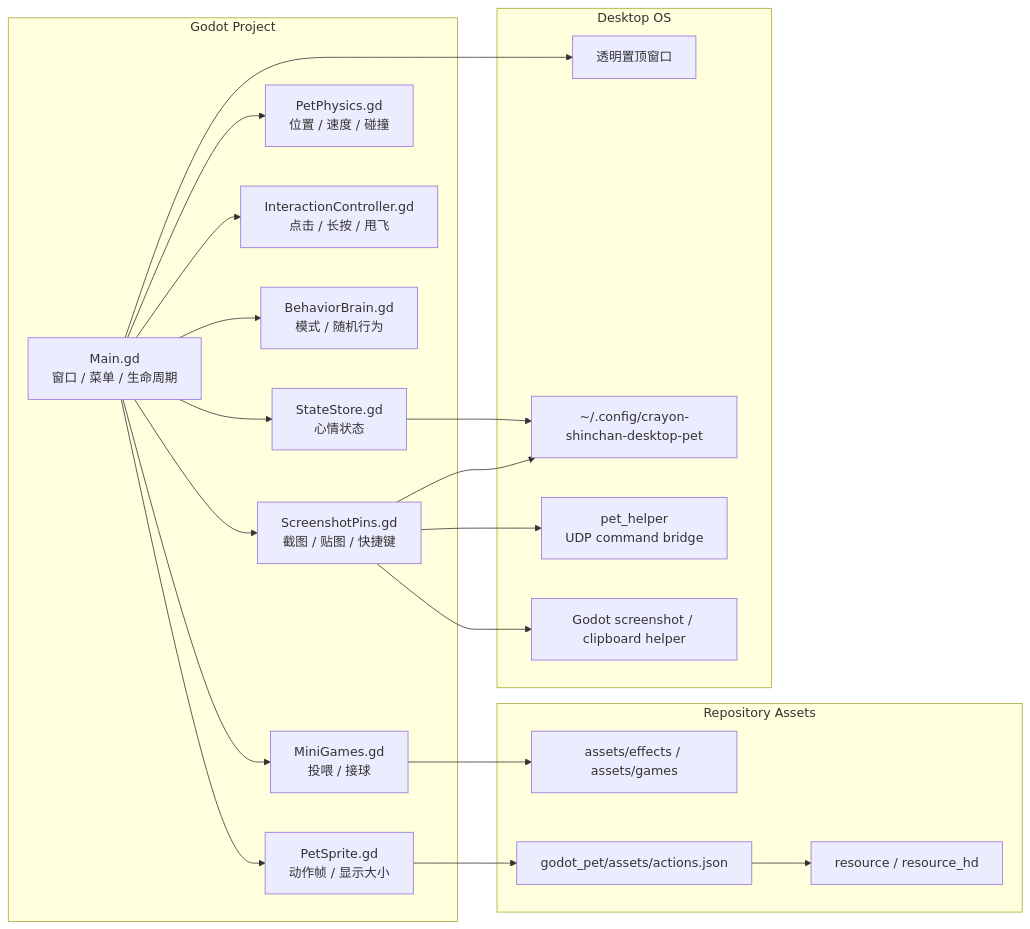
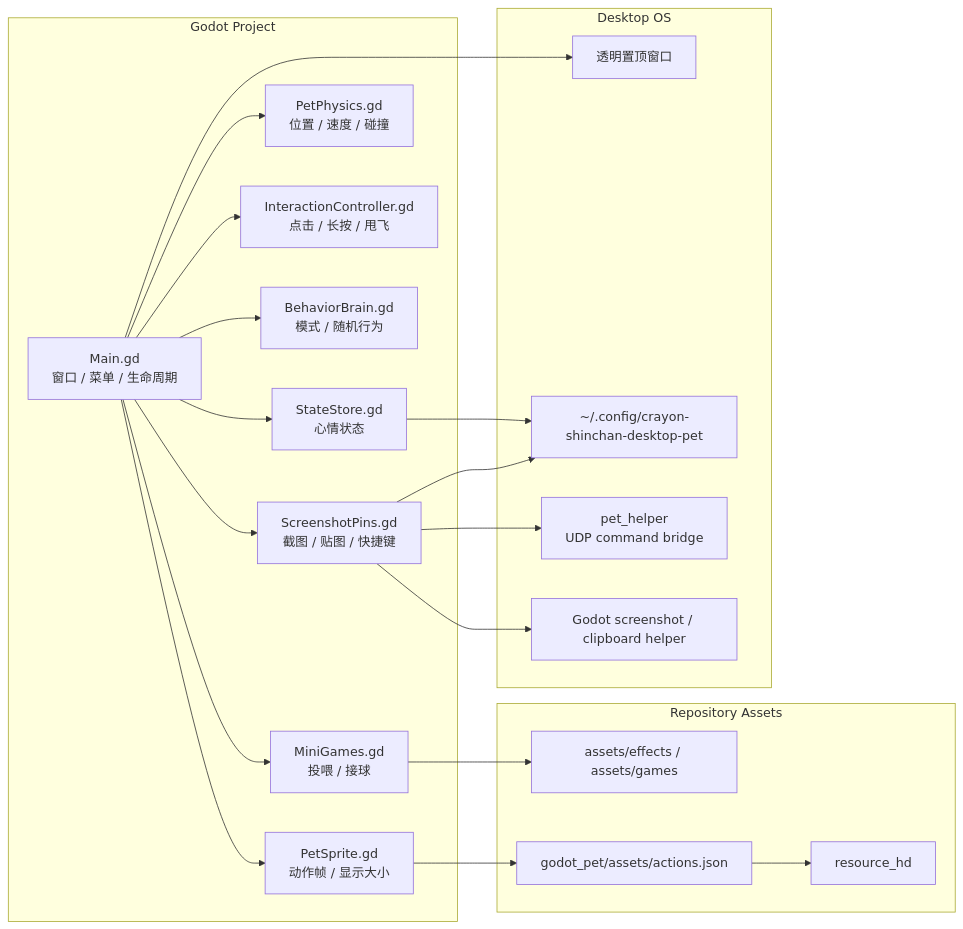
One commit to MzKyle/Crayon-Shinchan-Desktop-Pat changed the diagram in docs/README.md. Above: the diagram before and after it, drawn with Mermaid. The commit also changed other lines of this file and 1176 other files, not shown here.

````diff
--- a/docs/README.md
+++ b/docs/README.md
@@ -37,42 +37,42 @@
 ```mermaid
 flowchart LR
   subgraph Godot["Godot Project"]
     Main["Main.gd<br/>窗口 / 菜单 / 生命周期"]
     Sprite["PetSprite.gd<br/>动作帧 / 显示大小"]
     Physics["PetPhysics.gd<br/>位置 / 速度 / 碰撞"]
     Input["InteractionController.gd<br/>点击 / 长按 / 甩飞"]
     Brain["BehaviorBrain.gd<br/>模式 / 随机行为"]
     Games["MiniGames.gd<br/>投喂 / 接球"]
     State["StateStore.gd<br/>心情状态"]
     Pins["ScreenshotPins.gd<br/>截图 / 贴图 / 快捷键"]
   end
 
   subgraph Assets["Repository Assets"]
-    Frames["resource / resource_hd"]
+    Frames["resource_hd"]
     Effects["assets/effects / assets/games"]
     Manifest["godot_pet/assets/actions.json"]
   end
 
   subgraph OS["Desktop OS"]
     Window["透明置顶窗口"]
     Config["~/.config/crayon-shinchan-desktop-pet"]
     X11["pet_helper<br/>UDP command bridge"]
     Tools["Godot screenshot / clipboard helper"]
   end
 
   Main --> Sprite
   Main --> Physics
   Main --> Input
   Main --> Brain
   Main --> Games
   Main --> State
   Main --> Pins
   Sprite --> Manifest
   Manifest --> Frames
   Games --> Effects
   Main --> Window
   State --> Config
   Pins --> Config
   Pins --> X11
   Pins --> Tools
 ```
````
